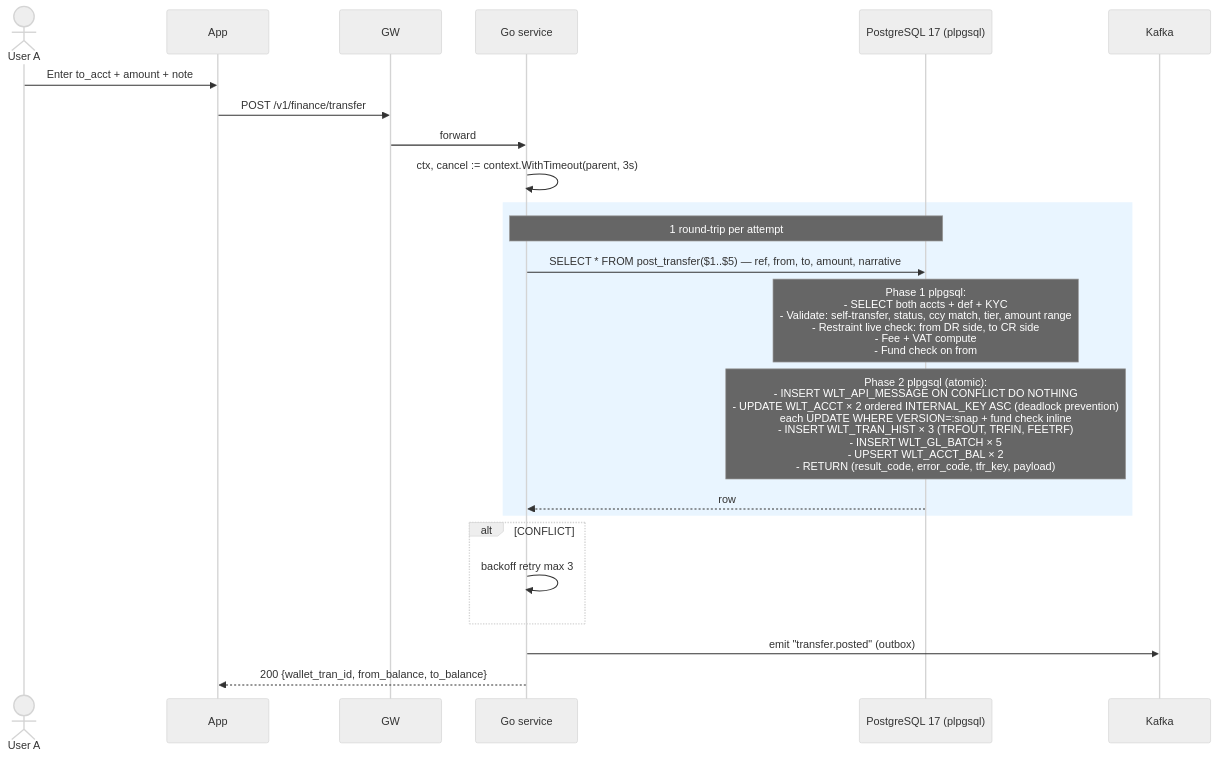
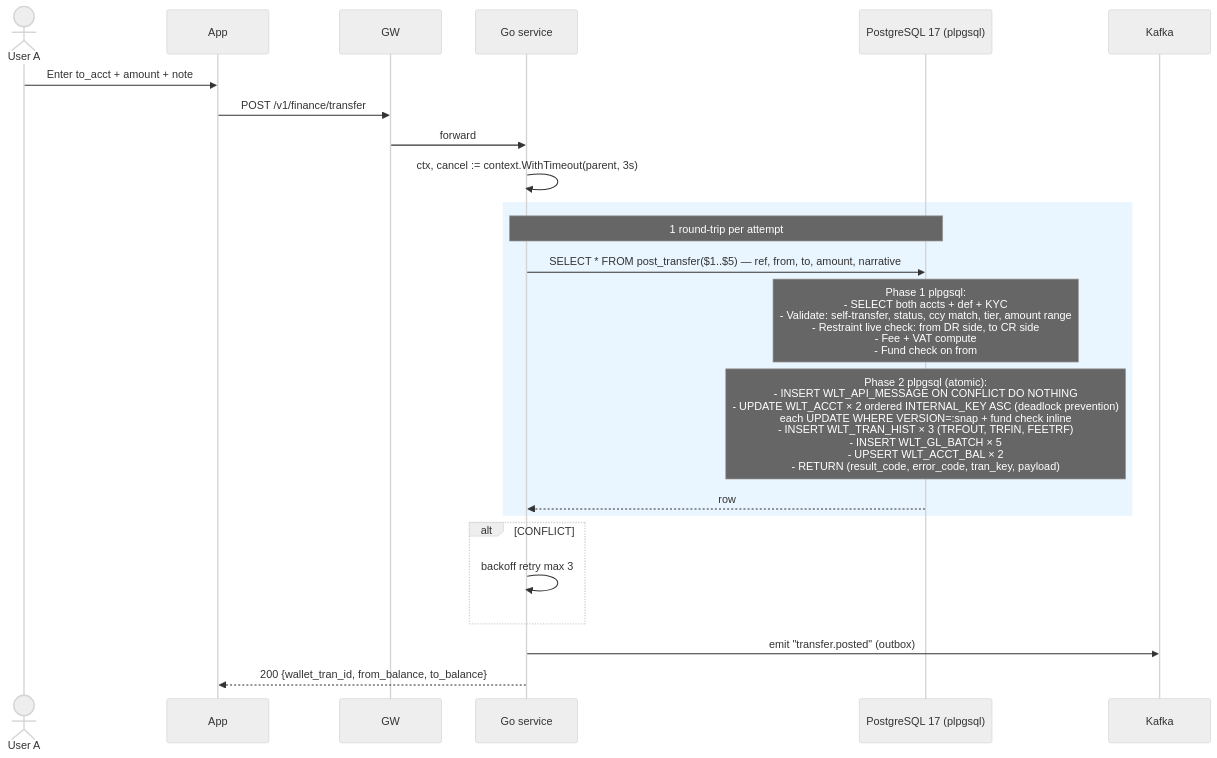
One commit to huuhoait/core-wallet changed the fifth of 6 diagrams in docs/specs/finance_transaction.md. Above: the diagram before and after it, drawn with Mermaid (neutral theme). The commit also changed other lines of this file and 29 other files, not shown here.

First line of the commit message:
Rename tfr → tran across schema, Go, API, and docs

````diff
--- a/docs/specs/finance_transaction.md
+++ b/docs/specs/finance_transaction.md
@@ -493,29 +493,29 @@
 ```mermaid
 sequenceDiagram
   actor UserA as User A
   participant App
   participant GW
   participant GO as Go service
   participant DB as PostgreSQL 17 (plpgsql)
   participant K as Kafka
 
   UserA->>App: Enter to_acct + amount + note
   App->>GW: POST /v1/finance/transfer
   GW->>GO: forward
   GO->>GO: ctx, cancel := context.WithTimeout(parent, 3s)
   
   rect rgba(200,230,255,0.4)
     Note over GO,DB: 1 round-trip per attempt
     GO->>DB: SELECT * FROM post_transfer($1..$5) — ref, from, to, amount, narrative
     Note over DB: Phase 1 plpgsql:<br/>- SELECT both accts + def + KYC<br/>- Validate: self-transfer, status, ccy match, tier, amount range<br/>- Restraint live check: from DR side, to CR side<br/>- Fee + VAT compute<br/>- Fund check on from
-    Note over DB: Phase 2 plpgsql (atomic):<br/>- INSERT WLT_API_MESSAGE ON CONFLICT DO NOTHING<br/>- UPDATE WLT_ACCT × 2 ordered INTERNAL_KEY ASC (deadlock prevention)<br/>  each UPDATE WHERE VERSION=:snap + fund check inline<br/>- INSERT WLT_TRAN_HIST × 3 (TRFOUT, TRFIN, FEETRF)<br/>- INSERT WLT_GL_BATCH × 5<br/>- UPSERT WLT_ACCT_BAL × 2<br/>- RETURN (result_code, error_code, tfr_key, payload)
+    Note over DB: Phase 2 plpgsql (atomic):<br/>- INSERT WLT_API_MESSAGE ON CONFLICT DO NOTHING<br/>- UPDATE WLT_ACCT × 2 ordered INTERNAL_KEY ASC (deadlock prevention)<br/>  each UPDATE WHERE VERSION=:snap + fund check inline<br/>- INSERT WLT_TRAN_HIST × 3 (TRFOUT, TRFIN, FEETRF)<br/>- INSERT WLT_GL_BATCH × 5<br/>- UPSERT WLT_ACCT_BAL × 2<br/>- RETURN (result_code, error_code, tran_key, payload)
     DB-->>GO: row
   end
   
   alt CONFLICT
     GO->>GO: backoff retry max 3
   end
   
   GO->>K: emit "transfer.posted" (outbox)
   GO-->>App: 200 {wallet_tran_id, from_balance, to_balance}
 ```
````
